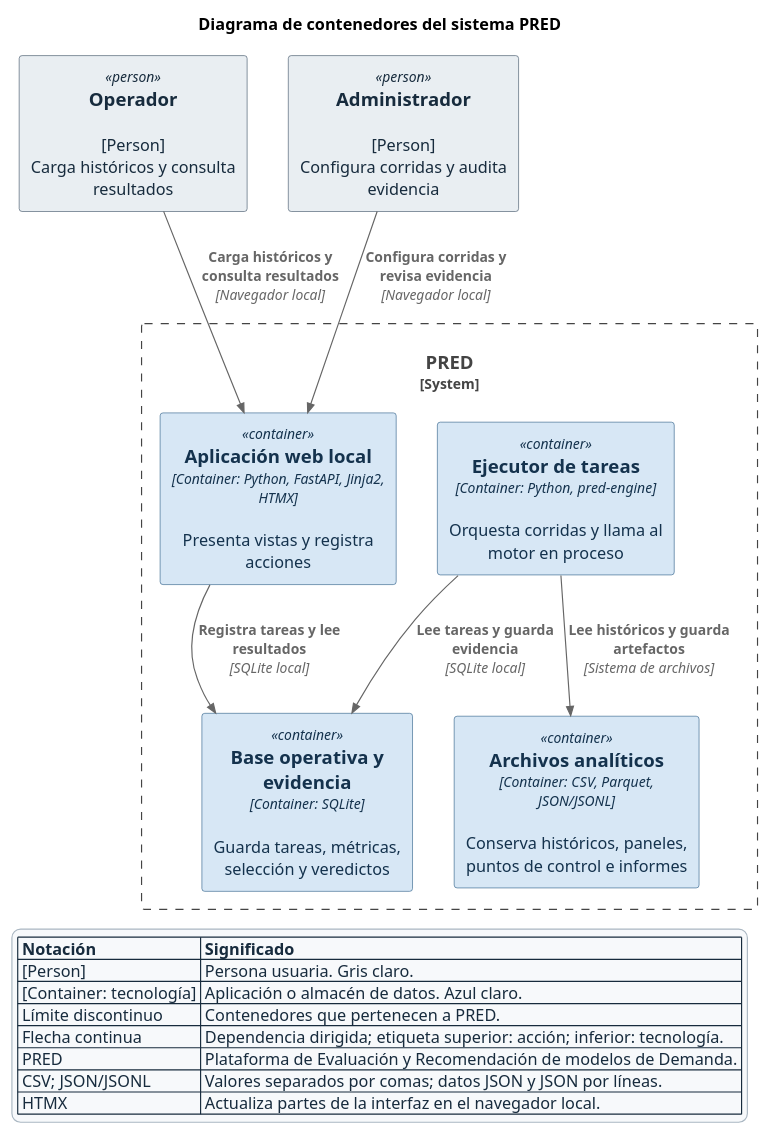
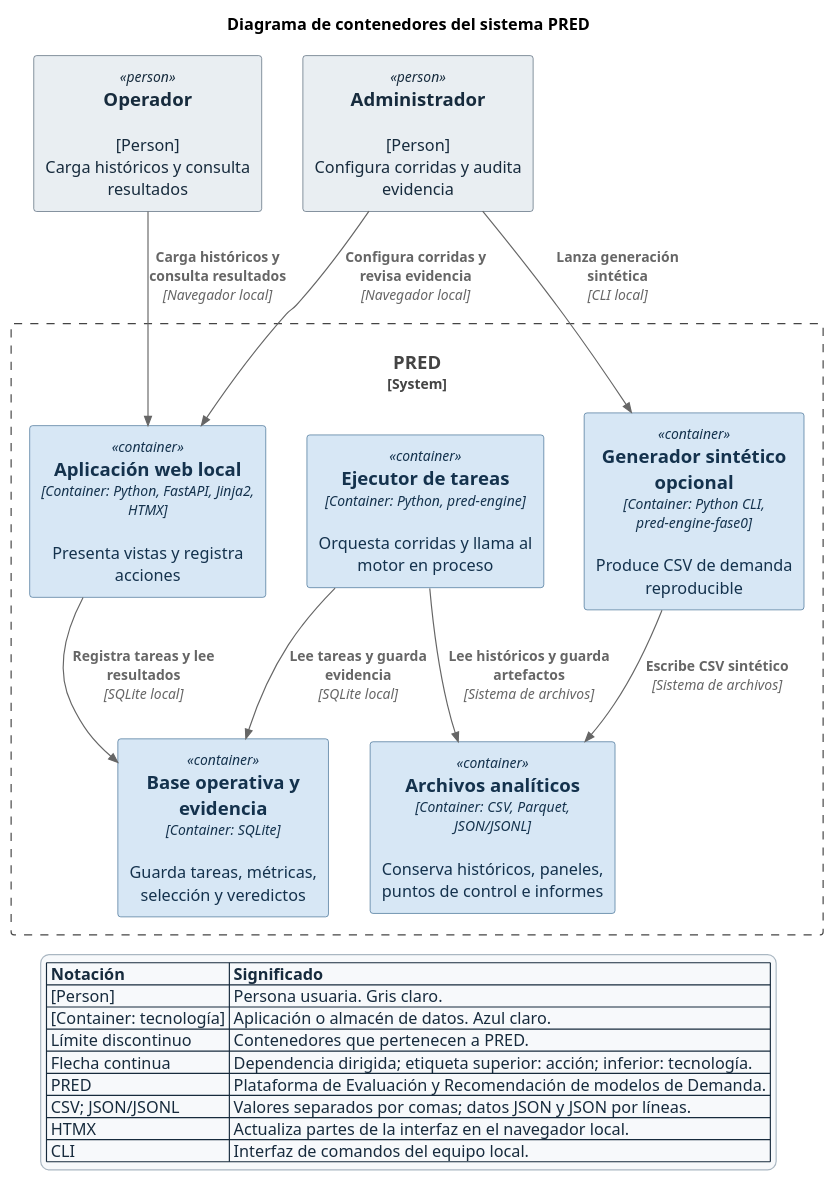
Before and after one commit to pred-javeriana/pred-docs: the diagram in memoria/tesis/img/architecture/diag_contenedores.puml, drawn with PlantUML. The commit also changed 3 other files, not shown here.

Commit message:
docs: Ubicar generador sintético como contenedor C4

```diff
--- a/memoria/tesis/img/architecture/diag_contenedores.puml
+++ b/memoria/tesis/img/architecture/diag_contenedores.puml
@@ -1,43 +1,48 @@
 @startuml
 !include <c4/C4_Container>
 LAYOUT_TOP_DOWN()
 HIDE_PERSON_SPRITE()
 UpdateElementStyle("person", $bgColor="#e9eef2", $fontColor="#172b3d", $borderColor="#344a5e")
 UpdateElementStyle("container", $bgColor="#d7e7f5", $fontColor="#14324d", $borderColor="#225580")
 skinparam backgroundColor white
 skinparam shadowing false
 skinparam legendFontColor #172b3d
 skinparam legendFontSize 14
 skinparam legendBackgroundColor #f7f9fb
 skinparam legendBorderColor #aab7c2
 title Diagrama de contenedores del sistema PRED
 
 Person(operador, "Operador", "[Person]\nCarga históricos y consulta resultados")
 Person(administrador, "Administrador", "[Person]\nConfigura corridas y audita evidencia")
 System_Boundary(pred, "PRED") {
     Container(web, "Aplicación web local", "Container: Python, FastAPI, Jinja2, HTMX", "Presenta vistas y registra acciones")
     Container(ejecutor, "Ejecutor de tareas", "Container: Python, pred-engine", "Orquesta corridas y llama al motor en proceso")
+    Container(m0, "Generador sintético opcional", "Container: Python CLI, pred-engine-fase0", "Produce CSV de demanda reproducible")
     Container(base, "Base operativa y evidencia", "Container: SQLite", "Guarda tareas, métricas, selección y veredictos")
     Container(archivos, "Archivos analíticos", "Container: CSV, Parquet, JSON/JSONL", "Conserva históricos, paneles, puntos de control e informes")
 }
 
 Rel_D(operador, web, "Carga históricos y consulta resultados", "Navegador local")
 Rel_D(administrador, web, "Configura corridas y revisa evidencia", "Navegador local")
+Rel_D(administrador, m0, "Lanza generación sintética", "CLI local")
 Rel_D(web, base, "Registra tareas y lee resultados", "SQLite local")
 Rel_D(ejecutor, base, "Lee tareas y guarda evidencia", "SQLite local")
 Rel_D(ejecutor, archivos, "Lee históricos y guarda artefactos", "Sistema de archivos")
+Rel_D(m0, archivos, "Escribe CSV sintético", "Sistema de archivos")
 Lay_R(operador, administrador)
 Lay_R(web, ejecutor)
+Lay_R(ejecutor, m0)
 Lay_R(base, archivos)
 
 legend bottom
 |= Notación |= Significado |
 | [Person] | Persona usuaria. Gris claro. |
 | [Container: tecnología] | Aplicación o almacén de datos. Azul claro. |
 | Límite discontinuo | Contenedores que pertenecen a PRED. |
 | Flecha continua | Dependencia dirigida; etiqueta superior: acción; inferior: tecnología. |
 | PRED | Plataforma de Evaluación y Recomendación de modelos de Demanda. |
 | CSV; JSON/JSONL | Valores separados por comas; datos JSON y JSON por líneas. |
 | HTMX | Actualiza partes de la interfaz en el navegador local. |
+| CLI | Interfaz de comandos del equipo local. |
 endlegend
 @enduml
```
